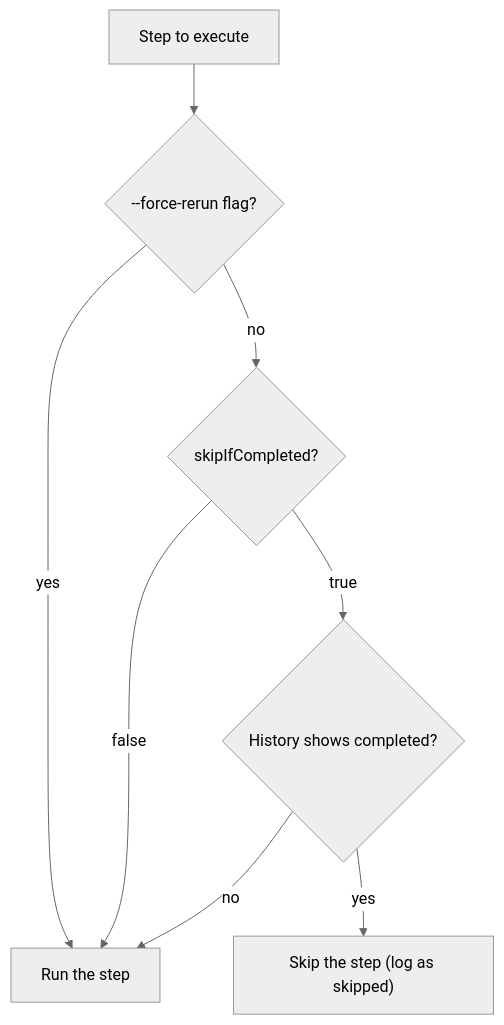
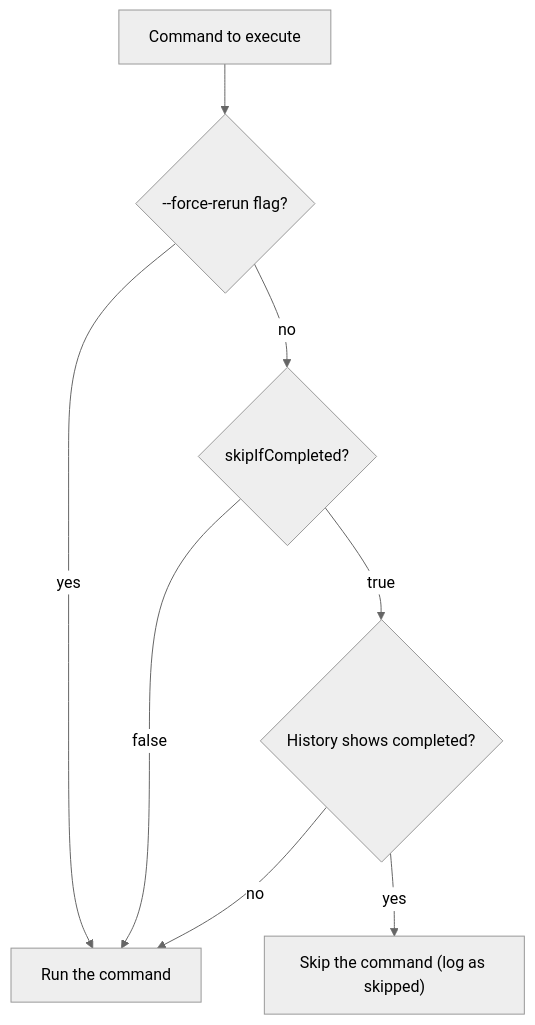
One commit to devorb1t/twenty changed the third of 3 diagrams in docs/upgrade-experience-v2.md. Above: the diagram before and after it, drawn with Mermaid (neutral theme). The commit also changed other lines of this file, not shown here.

Commit message:
remove step naming

````diff
--- a/docs/upgrade-experience-v2.md
+++ b/docs/upgrade-experience-v2.md
@@ -396,10 +394,10 @@
 ```mermaid
 flowchart TD
-  Step["Step to execute"] --> ForceFlag{"--force-rerun flag?"}
-  ForceFlag -->|yes| Run["Run the step"]
+  Cmd["Command to execute"] --> ForceFlag{"--force-rerun flag?"}
+  ForceFlag -->|yes| Run["Run the command"]
   ForceFlag -->|no| CheckConfig{"skipIfCompleted?"}
   CheckConfig -->|false| Run
   CheckConfig -->|true| CheckHistory{"History shows completed?"}
   CheckHistory -->|no| Run
-  CheckHistory -->|yes| Skip["Skip the step (log as skipped)"]
+  CheckHistory -->|yes| Skip["Skip the command (log as skipped)"]
 ```
````
